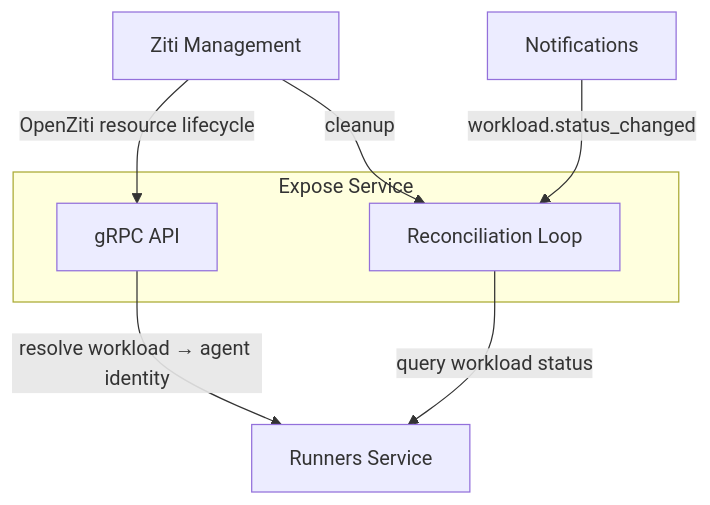
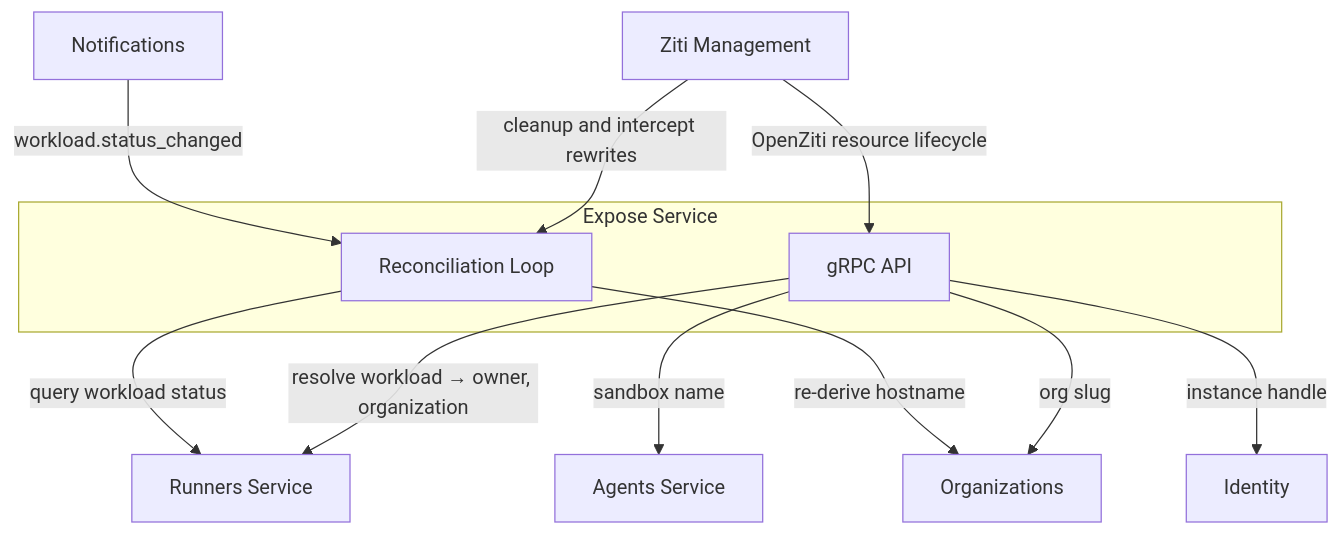
Before and after one commit to agynio/architecture: the first of 4 diagrams in architecture/expose-service.md, drawn with Mermaid. The commit also changed other lines of this file and 10 other files, not shown here.

````diff
--- a/architecture/expose-service.md
+++ b/architecture/expose-service.md
@@ -46,13 +105,17 @@
 ```mermaid
 graph TB
     subgraph "Expose Service"
         API[gRPC API]
         Reconciler[Reconciliation Loop]
     end
 
     ZM[Ziti Management] -->|OpenZiti resource lifecycle| API
-    ZM -->|cleanup| Reconciler
-    API -->|resolve workload → agent identity| RS[Runners Service]
+    ZM -->|cleanup and intercept rewrites| Reconciler
+    API -->|resolve workload → owner, organization| RS[Runners Service]
     Reconciler -->|query workload status| RS
+    API -->|org slug| O[Organizations]
+    API -->|sandbox name| AS[Agents Service]
+    API -->|instance handle| I[Identity]
+    Reconciler -->|re-derive hostname| O
     N[Notifications] -->|workload.status_changed| Reconciler
 ```
````
